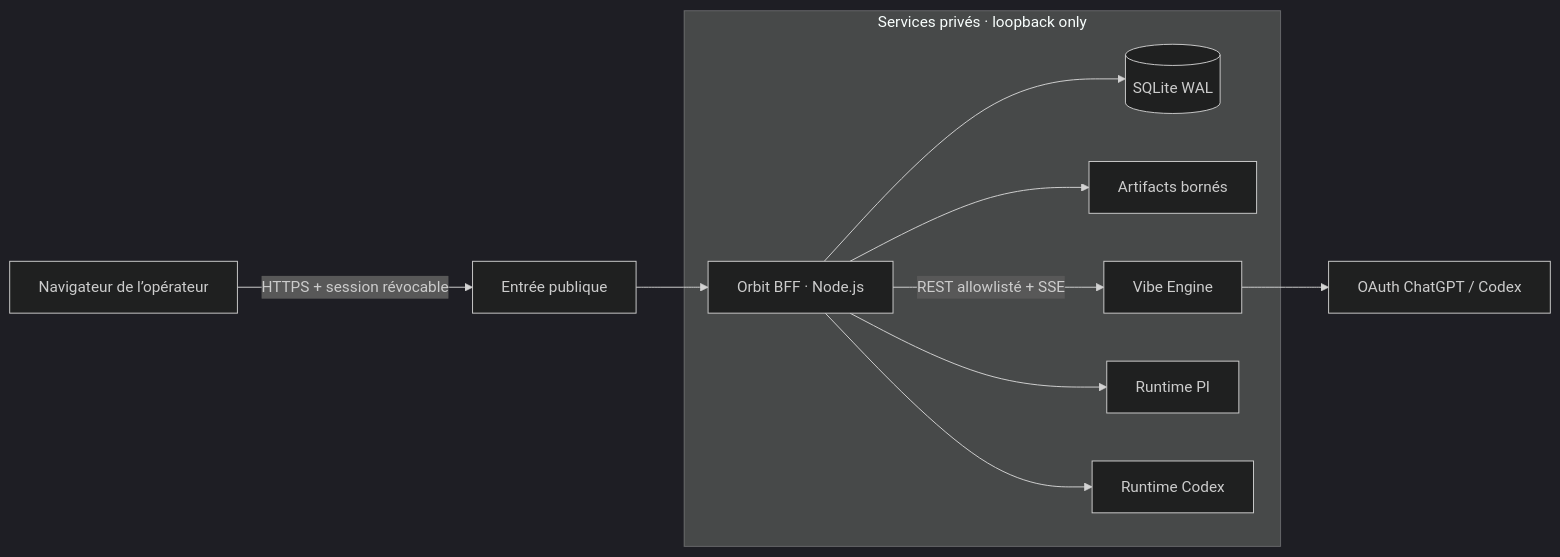
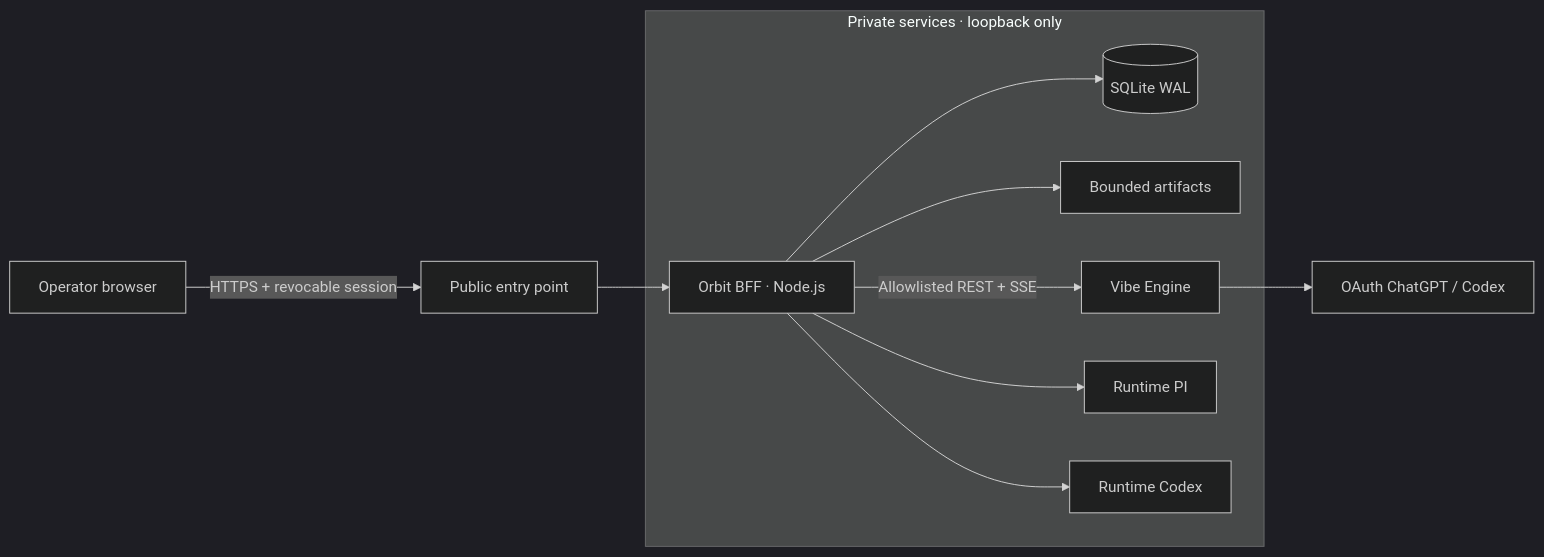
One commit to Grimxjoke/agentic-os changed the diagram in README.md. Above: the diagram before and after it, drawn with Mermaid (dark theme). The commit also changed other lines of this file and 55 other files, not shown here.

````diff
--- a/README.md
+++ b/README.md
@@ -69,20 +69,20 @@
 ```mermaid
 flowchart LR
-    U["Navigateur de l’opérateur"] -->|"HTTPS + session révocable"| E["Entrée publique"]
+    U["Operator browser"] -->|"HTTPS + revocable session"| E["Public entry point"]
     E --> O["Orbit BFF · Node.js"]
     O --> DB[("SQLite WAL")]
-    O --> FS["Artifacts bornés"]
-    O -->|"REST allowlisté + SSE"| V["Vibe Engine"]
+    O --> FS["Bounded artifacts"]
+    O -->|"Allowlisted REST + SSE"| V["Vibe Engine"]
     O --> PI["Runtime PI"]
     O --> CX["Runtime Codex"]
     V --> OA["OAuth ChatGPT / Codex"]
 
-    subgraph Private["Services privés · loopback only"]
+    subgraph Private["Private services · loopback only"]
       O
       V
       DB
       FS
       PI
       CX
     end
 ```
````
